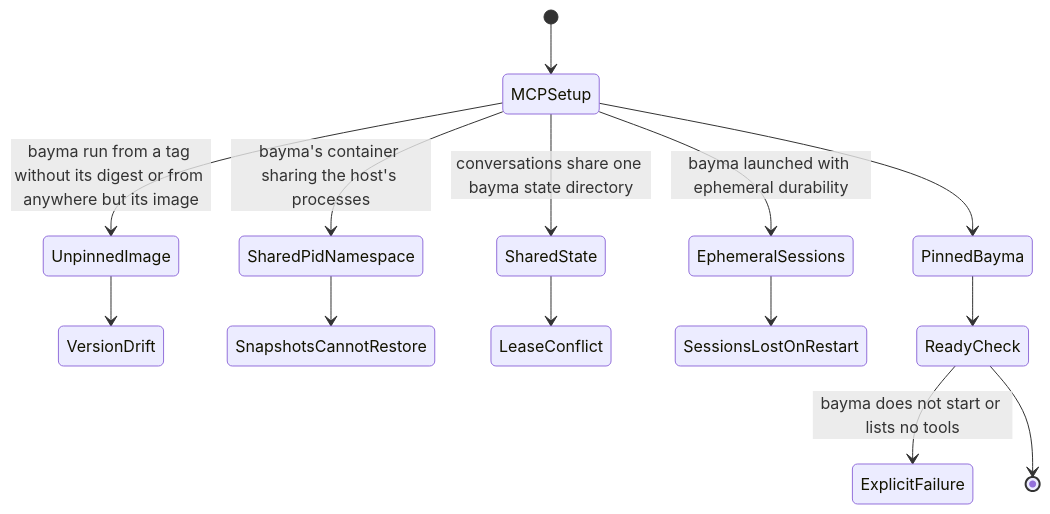
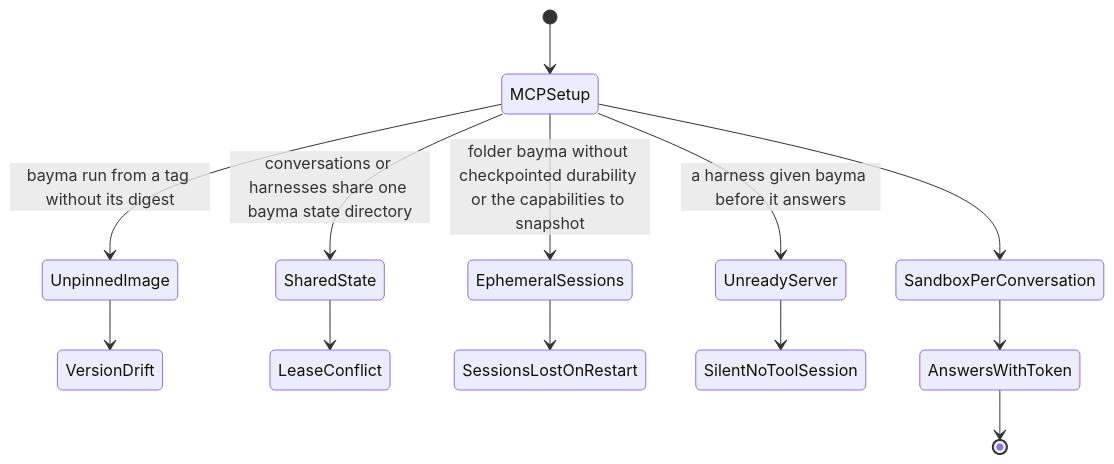
One commit to eaucoin/alasio changed the third of 3 diagrams in src/mcp/README.md. Above: the diagram before and after it, drawn with Mermaid. The commit also changed other lines of this file and 37 other files, not shown here.

First line of the commit message:
Document alasio on Kubernetes, and fit its end-to-end run on CI's runners

````diff
--- a/src/mcp/README.md
+++ b/src/mcp/README.md
@@ -35,16 +39,15 @@
 ```mermaid
 stateDiagram-v2
   [*] --> MCPSetup
-  MCPSetup --> UnpinnedImage: bayma run from a tag without its digest or from anywhere but its image
+  MCPSetup --> UnpinnedImage: bayma run from a tag without its digest
   UnpinnedImage --> VersionDrift
-  MCPSetup --> SharedPidNamespace: bayma's container sharing the host's processes
-  SharedPidNamespace --> SnapshotsCannotRestore
-  MCPSetup --> SharedState: conversations share one bayma state directory
+  MCPSetup --> SharedState: conversations or harnesses share one bayma state directory
   SharedState --> LeaseConflict
-  MCPSetup --> EphemeralSessions: bayma launched with ephemeral durability
+  MCPSetup --> EphemeralSessions: folder bayma without checkpointed durability or the capabilities to snapshot
   EphemeralSessions --> SessionsLostOnRestart
-  MCPSetup --> PinnedBayma
-  PinnedBayma --> ReadyCheck
-  ReadyCheck --> ExplicitFailure: bayma does not start or lists no tools
-  ReadyCheck --> [*]
+  MCPSetup --> UnreadyServer: a harness given bayma before it answers
+  UnreadyServer --> SilentNoToolSession
+  MCPSetup --> SandboxPerConversation
+  SandboxPerConversation --> AnswersWithToken
+  AnswersWithToken --> [*]
 ```
````
